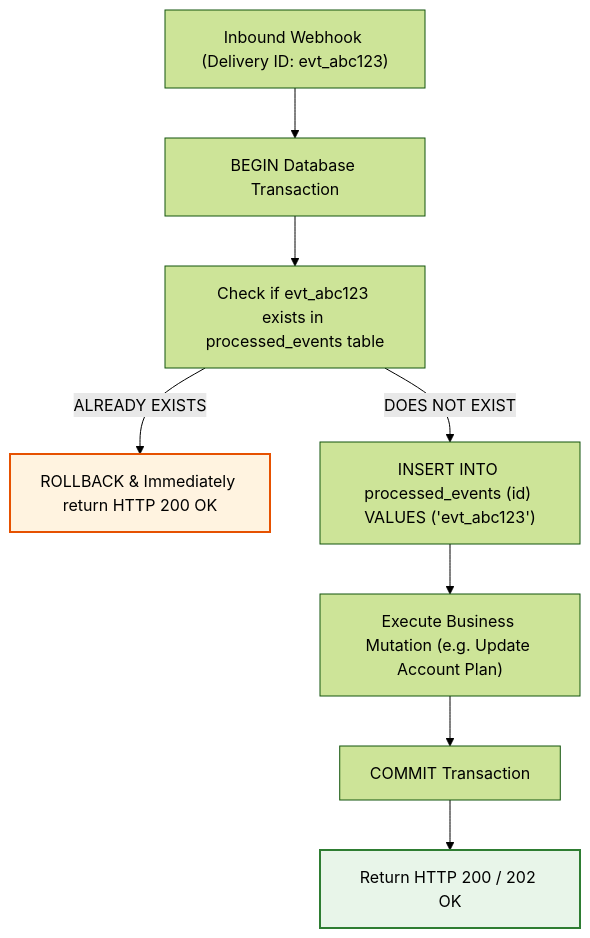
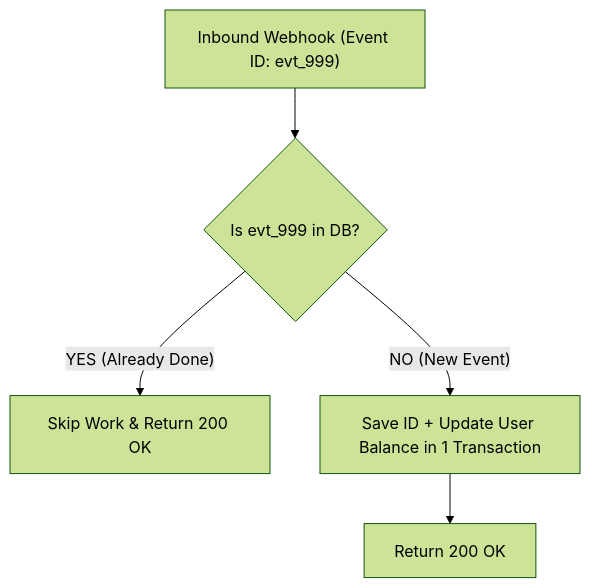
Before and after one commit to rohithgowda18/Notes: the sixth of 10 diagrams in 07-Backend-Engineering/Webhooks.md, drawn with Mermaid (forest theme). The commit also changed other lines of this file, not shown here.

````diff
--- a/07-Backend-Engineering/Webhooks.md
+++ b/07-Backend-Engineering/Webhooks.md
@@ -378,13 +251,7 @@
 ```mermaid
 flowchart TD
-    Inbound["Inbound Webhook (Delivery ID: evt_abc123)"] --> BeginTx["BEGIN Database Transaction"]
-    BeginTx --> Check["Check if evt_abc123 exists in processed_events table"]
-    Check -- "ALREADY EXISTS" --> Rollback["ROLLBACK & Immediately return HTTP 200 OK"]
-    Check -- "DOES NOT EXIST" --> InsertKey["INSERT INTO processed_events (id) VALUES ('evt_abc123')"]
-    InsertKey --> ExecLogic["Execute Business Mutation (e.g. Update Account Plan)"]
-    ExecLogic --> CommitTx["COMMIT Transaction"]
-    CommitTx --> Return200["Return HTTP 200 / 202 OK"]
-
-    style Rollback fill:#fff3e0,stroke:#e65100,stroke-width:2px;
-    style Return200 fill:#e8f5e9,stroke:#2e7d32,stroke-width:2px;
+    Webhook["Inbound Webhook (Event ID: evt_999)"] --> Check{"Is evt_999 in DB?"}
+    Check -- "YES (Already Done)" --> Done["Skip Work & Return 200 OK"]
+    Check -- "NO (New Event)" --> Work["Save ID + Update User Balance in 1 Transaction"]
+    Work --> Success["Return 200 OK"]
 ```
````
